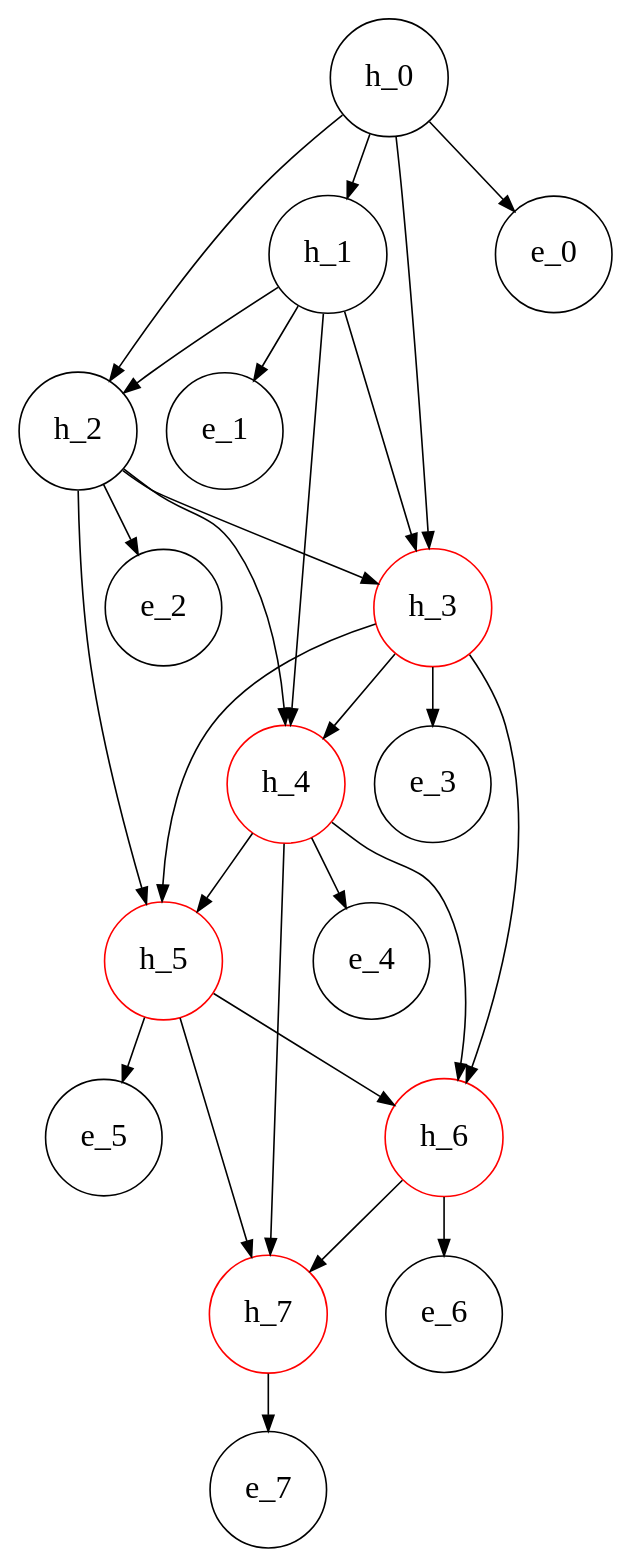
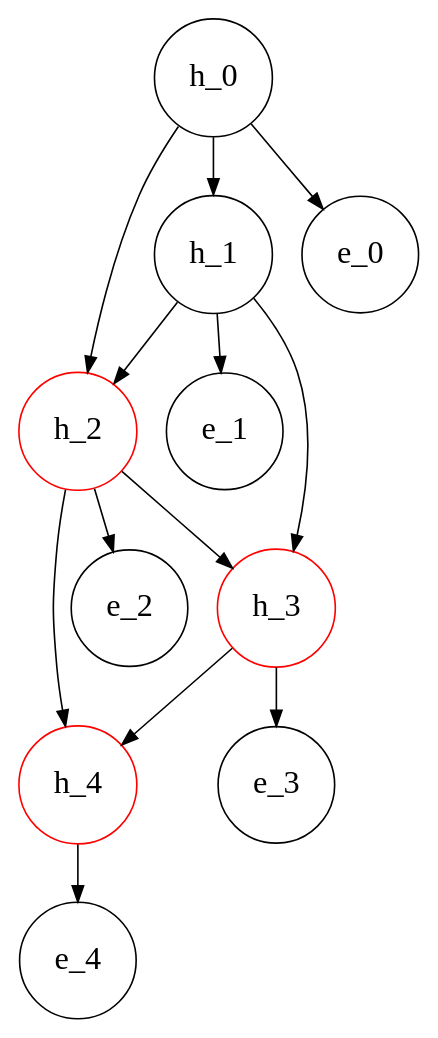
Before and after one commit to arthurhaiying/TestingBayesianNetwork: the diagram in logs/dots/tbn.gv, drawn with Graphviz. The commit also changed 47 other files, not shown here.

```diff
--- a/logs/dots/tbn.gv
+++ b/logs/dots/tbn.gv
@@ -1,48 +1,28 @@
-digraph thmm_3_8 {
+digraph tHMM_2_5_2 {
 	rankdir=TD
 	node [shape=circle]
 	node [fontsize=20]
 	node [style=filled]
 	h_0 [color=black fillcolor=transparent fontcolor=black]
 	h_1 [color=black fillcolor=transparent fontcolor=black]
 	h_0 -> h_1 [color=black]
-	h_2 [color=black fillcolor=transparent fontcolor=black]
+	h_2 [color=red fillcolor=transparent fontcolor=black]
 	h_0 -> h_2 [color=black]
 	h_1 -> h_2 [color=black]
 	h_3 [color=red fillcolor=transparent fontcolor=black]
-	h_0 -> h_3 [color=black]
 	h_1 -> h_3 [color=black]
 	h_2 -> h_3 [color=black]
 	h_4 [color=red fillcolor=transparent fontcolor=black]
-	h_1 -> h_4 [color=black]
 	h_2 -> h_4 [color=black]
 	h_3 -> h_4 [color=black]
-	h_5 [color=red fillcolor=transparent fontcolor=black]
-	h_2 -> h_5 [color=black]
-	h_3 -> h_5 [color=black]
-	h_4 -> h_5 [color=black]
-	h_6 [color=red fillcolor=transparent fontcolor=black]
-	h_3 -> h_6 [color=black]
-	h_4 -> h_6 [color=black]
-	h_5 -> h_6 [color=black]
-	h_7 [color=red fillcolor=transparent fontcolor=black]
-	h_4 -> h_7 [color=black]
-	h_5 -> h_7 [color=black]
-	h_6 -> h_7 [color=black]
 	e_0 [color=black fillcolor=transparent fontcolor=black]
 	h_0 -> e_0 [color=black]
 	e_1 [color=black fillcolor=transparent fontcolor=black]
 	h_1 -> e_1 [color=black]
 	e_2 [color=black fillcolor=transparent fontcolor=black]
 	h_2 -> e_2 [color=black]
 	e_3 [color=black fillcolor=transparent fontcolor=black]
 	h_3 -> e_3 [color=black]
 	e_4 [color=black fillcolor=transparent fontcolor=black]
 	h_4 -> e_4 [color=black]
-	e_5 [color=black fillcolor=transparent fontcolor=black]
-	h_5 -> e_5 [color=black]
-	e_6 [color=black fillcolor=transparent fontcolor=black]
-	h_6 -> e_6 [color=black]
-	e_7 [color=black fillcolor=transparent fontcolor=black]
-	h_7 -> e_7 [color=black]
 }
```
